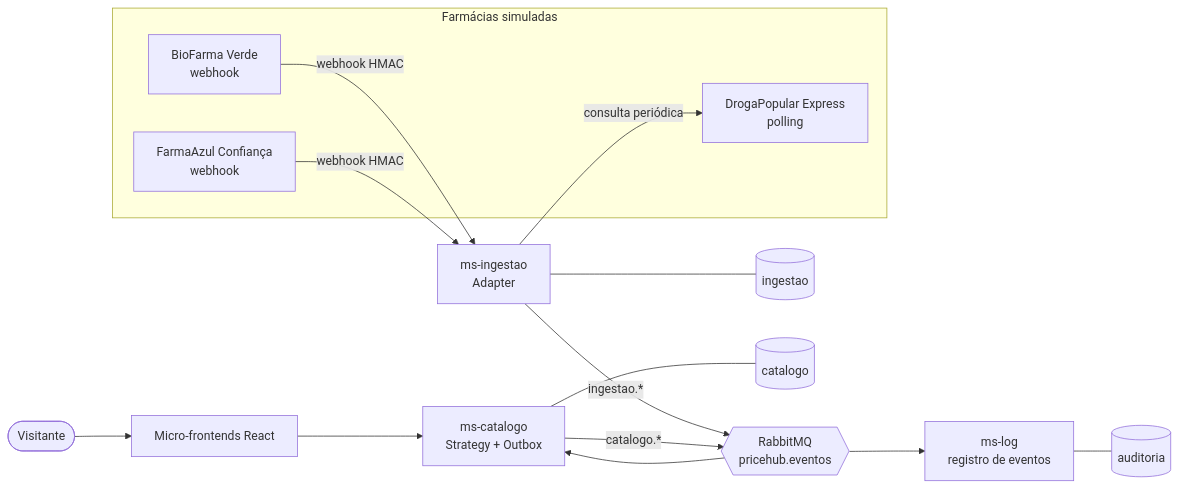
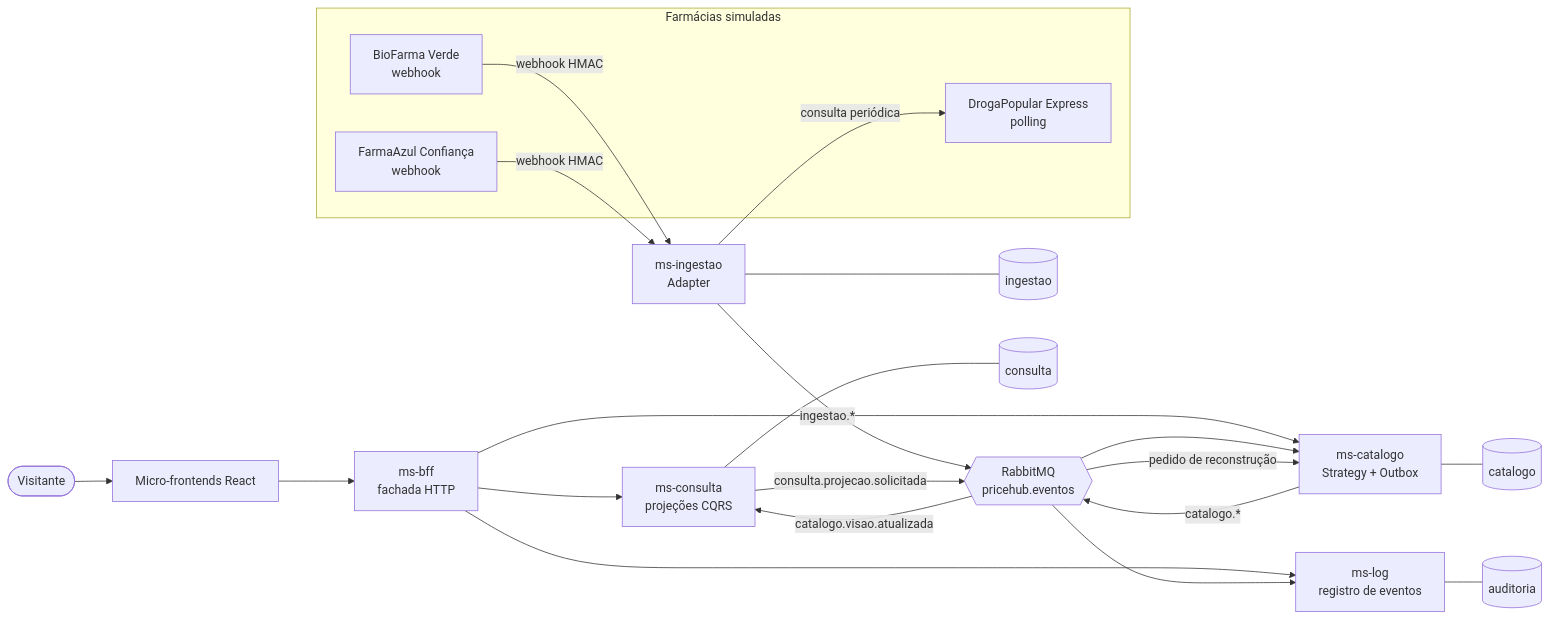
The first of 3 diagrams in docs/GUIA-OVERLEAF.md (joaoramosw/PriceHub-backend), drawn with Mermaid before and after one commit. The commit also changed other lines of this file and 37 other files, not shown here.

First line of the commit message:
feat(arquitetura): integra BFF, consulta e fluxo demonstrável

````diff
--- a/docs/GUIA-OVERLEAF.md
+++ b/docs/GUIA-OVERLEAF.md
@@ -264,20 +267,27 @@
 ```mermaid
 flowchart LR
   V([Visitante]) --> WEB[Micro-frontends React]
-  WEB --> CAT
+  WEB --> BFF[ms-bff<br/>fachada HTTP]
+  BFF --> QRY[ms-consulta<br/>projeções CQRS]
+  BFF --> CAT
+  BFF --> LOG
   subgraph F[Farmácias simuladas]
     B[BioFarma Verde<br/>webhook]
     A[FarmaAzul Confiança<br/>webhook]
     P[DrogaPopular Express<br/>polling]
   end
   B -->|webhook HMAC| ING
   A -->|webhook HMAC| ING
   ING -->|consulta periódica| P
   ING[ms-ingestao<br/>Adapter] -->|ingestao.*| MQ{{RabbitMQ<br/>pricehub.eventos}}
   MQ --> CAT[ms-catalogo<br/>Strategy + Outbox]
   CAT -->|catalogo.*| MQ
+  MQ -->|catalogo.visao.atualizada| QRY
+  QRY -->|consulta.projecao.solicitada| MQ
+  MQ -->|pedido de reconstrução| CAT
   MQ --> LOG[ms-log<br/>registro de eventos]
   ING --- DB1[(ingestao)]
   CAT --- DB2[(catalogo)]
   LOG --- DB3[(auditoria)]
+  QRY --- DB4[(consulta)]
 ```
````
